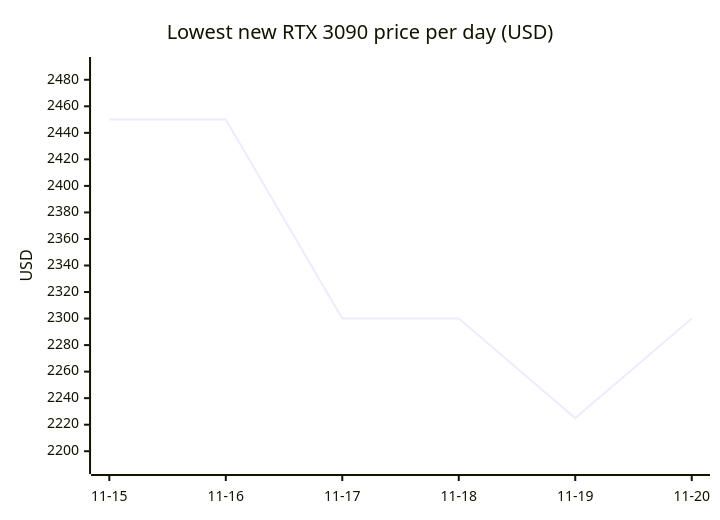
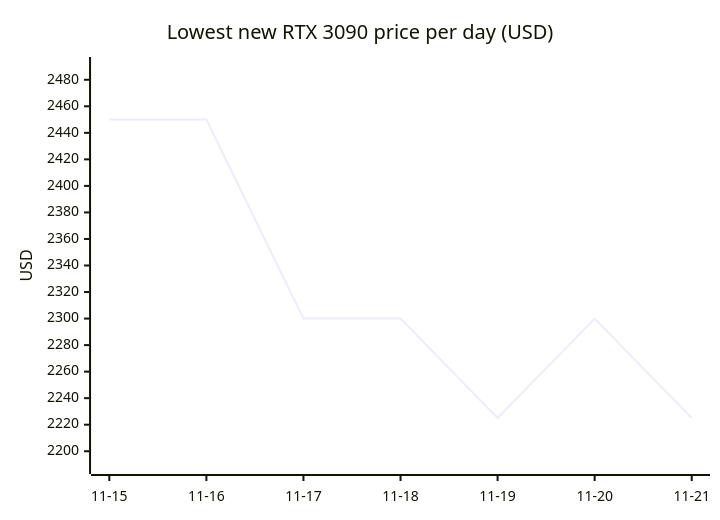
One commit to 7324136828/4tb_ssd_price_watch changed the ninth of 18 diagrams in README.md. Above: the diagram before and after it, drawn with Mermaid. The commit also changed other lines of this file, not shown here.

````diff
--- a/README.md
+++ b/README.md
@@ -784,7 +821,7 @@
 ```mermaid
 xychart-beta
     title "Lowest new RTX 3090 price per day (USD)"
-    x-axis ["11-15", "11-16", "11-17", "11-18", "11-19", "11-20"]
+    x-axis ["11-15", "11-16", "11-17", "11-18", "11-19", "11-20", "11-21"]
     y-axis "USD" 2190 --> 2490
-    line [2450.00, 2450.00, 2300.00, 2300.00, 2225.00, 2300.00]
+    line [2450.00, 2450.00, 2300.00, 2300.00, 2225.00, 2300.00, 2225.00]
 ```
````
